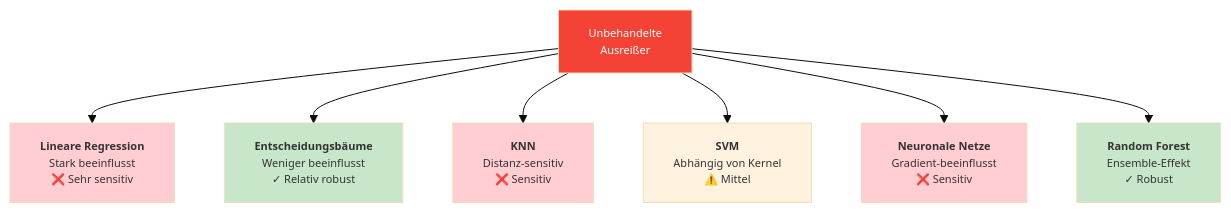
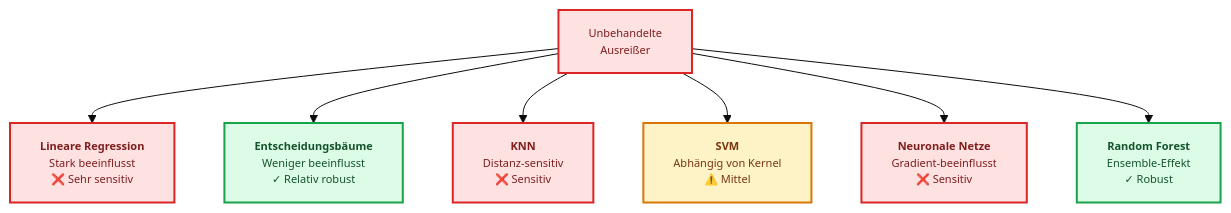
Before and after one commit to ralf-42/ML_Intro: the seventh of 7 diagrams in docs/concepts/prepare/outlier.md, drawn with Mermaid. The commit also changed other lines of this file and 67 other files, not shown here.

````diff
--- a/docs/concepts/prepare/outlier.md
+++ b/docs/concepts/prepare/outlier.md
@@ -246,20 +244,20 @@
 ```mermaid
 %%{init: {'theme': 'base', 'themeVariables': {'fontSize': '11px'}}}%%
 flowchart TB
     outlier["Unbehandelte<br/>Ausreißer"]
 
     outlier --> linreg["<b>Lineare Regression</b><br/>Stark beeinflusst<br/>❌ Sehr sensitiv"]
     outlier --> tree["<b>Entscheidungsbäume</b><br/>Weniger beeinflusst<br/>✓ Relativ robust"]
     outlier --> knn["<b>KNN</b><br/>Distanz-sensitiv<br/>❌ Sensitiv"]
     outlier --> svm["<b>SVM</b><br/>Abhängig von Kernel<br/>⚠️ Mittel"]
     outlier --> nn["<b>Neuronale Netze</b><br/>Gradient-beeinflusst<br/>❌ Sensitiv"]
     outlier --> rf["<b>Random Forest</b><br/>Ensemble-Effekt<br/>✓ Robust"]
 
-    style outlier fill:#f44336,color:#fff
-    style linreg fill:#ffcdd2
-    style knn fill:#ffcdd2
-    style nn fill:#ffcdd2
-    style tree fill:#c8e6c9
-    style rf fill:#c8e6c9
-    style svm fill:#fff3e0
+classDef default fill:#e0f2fe,stroke:#0284c7,stroke-width:2px,color:#0c4a6e;
+classDef metric fill:#fef3c7,stroke:#d97706,stroke-width:2px,color:#78350f;
+classDef output fill:#dcfce7,stroke:#16a34a,stroke-width:2px,color:#14532d;
+classDef stop fill:#fee2e2,stroke:#dc2626,stroke-width:2px,color:#7f1d1d;
+class svm metric;
+class tree,rf output;
+class outlier,linreg,knn,nn stop;
 ```
````
